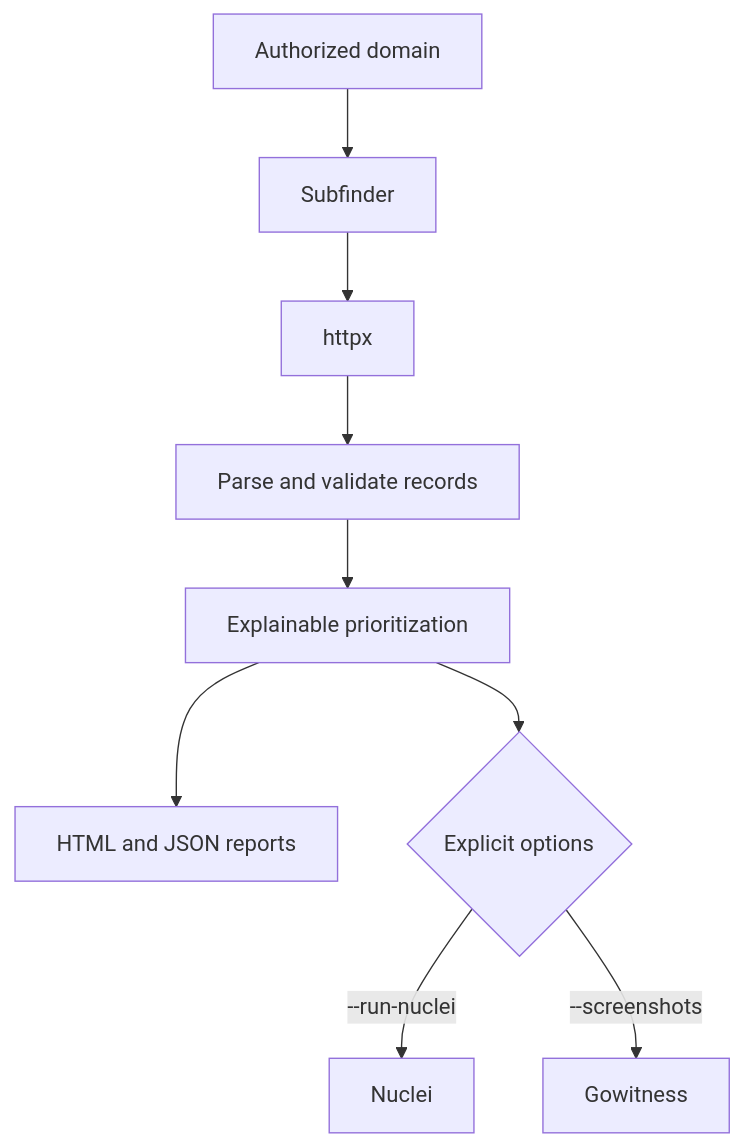
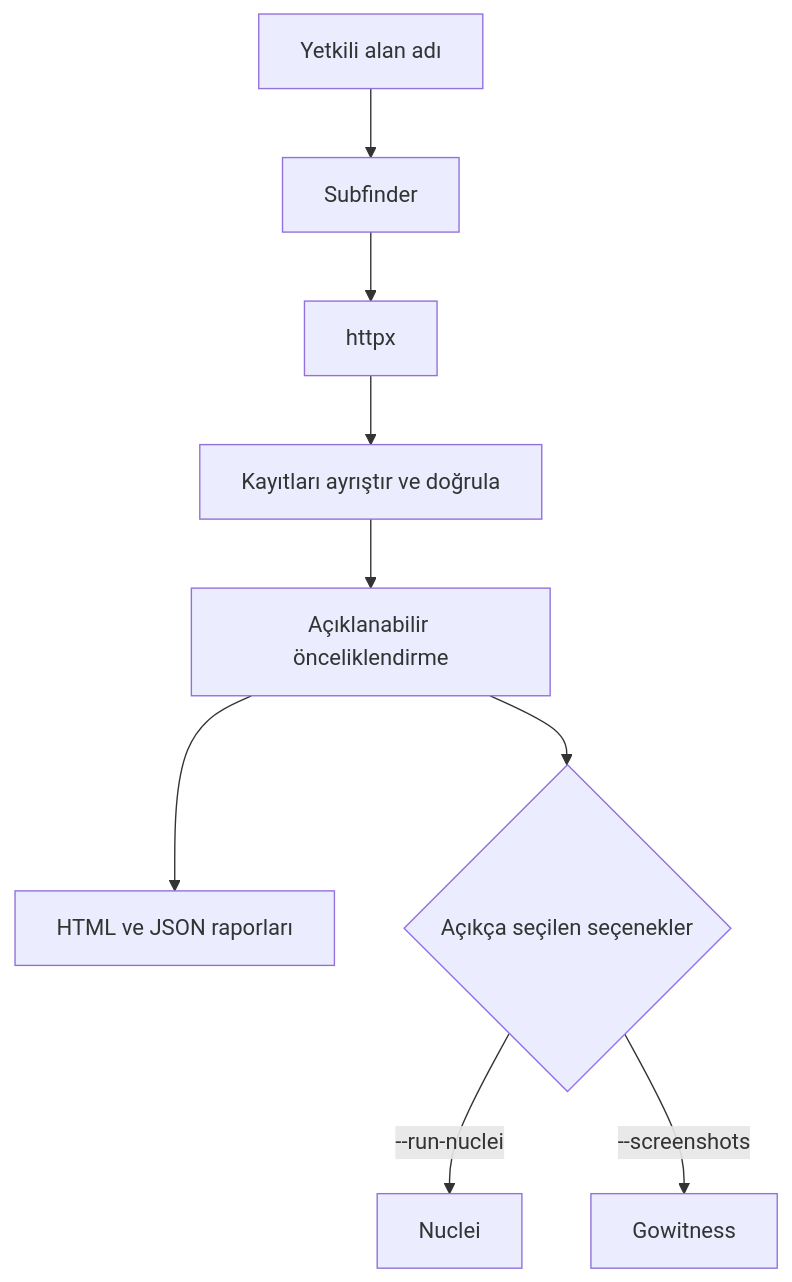
The diagram in README.md (Muhammet0-1/LordMs-Recon), drawn with Mermaid before and after one commit. The commit also changed other lines of this file, not shown here.

````diff
--- a/README.md
+++ b/README.md
@@ -24,11 +28,11 @@
 ```mermaid
 flowchart TD
-    A[Authorized domain] --> B[Subfinder]
+    A[Yetkili alan adı] --> B[Subfinder]
     B --> C[httpx]
-    C --> D[Parse and validate records]
-    D --> E[Explainable prioritization]
-    E --> F[HTML and JSON reports]
-    E --> G{Explicit options}
+    C --> D[Kayıtları ayrıştır ve doğrula]
+    D --> E[Açıklanabilir önceliklendirme]
+    E --> F[HTML ve JSON raporları]
+    E --> G{Açıkça seçilen seçenekler}
     G -->|--run-nuclei| H[Nuclei]
     G -->|--screenshots| I[Gowitness]
 ```
````
